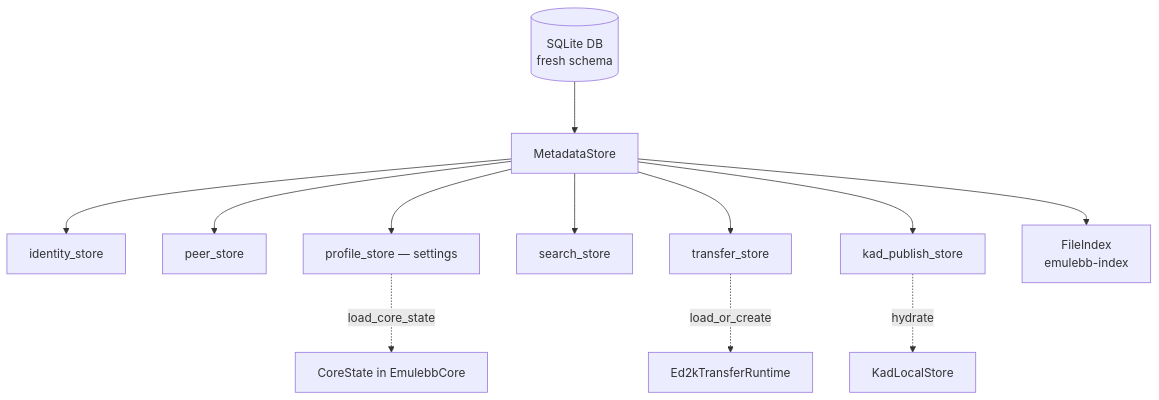
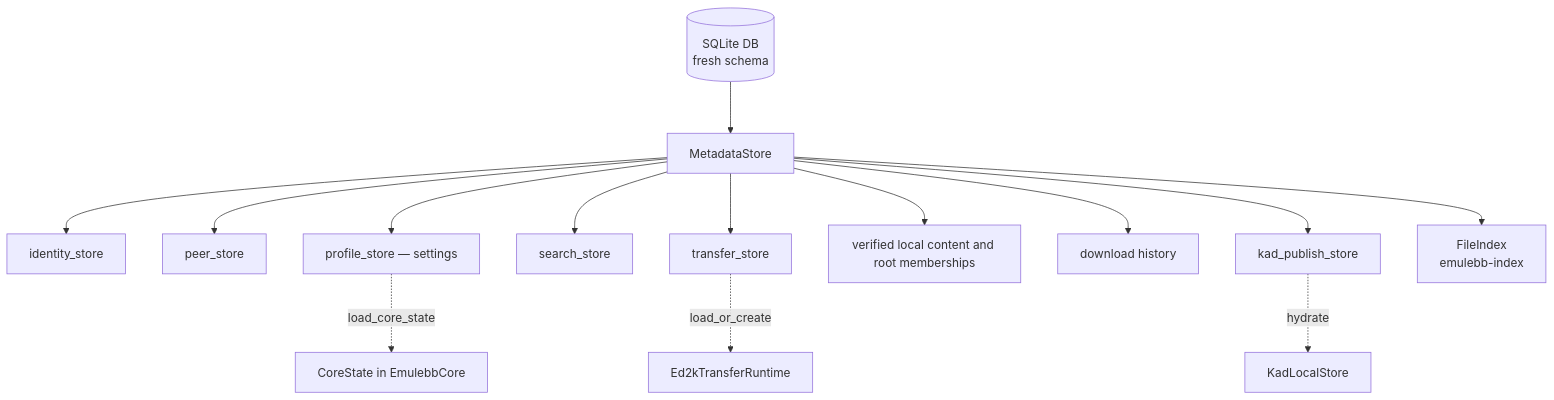
The fifth of 5 diagrams in docs/products/emulebb-rust/design/architecture.md (emulebb/emulebb-tooling), drawn with Mermaid before and after one commit. The commit also changed other lines of this file and 4 other files, not shown here.

````diff
--- a/docs/products/emulebb-rust/design/architecture.md
+++ b/docs/products/emulebb-rust/design/architecture.md
@@ -287,16 +287,18 @@
 ```mermaid
 %%{init: {'flowchart': {'nodeSpacing': 50, 'rankSpacing': 70}}}%%
 graph TD
     db[(SQLite DB<br/>fresh schema)] --> store[MetadataStore]
     store --> id[identity_store]
     store --> peer[peer_store]
     store --> prof[profile_store — settings]
     store --> srch[search_store]
     store --> xfer[transfer_store]
+    store --> local[verified local content and root memberships]
+    store --> history[download history]
     store --> kpub[kad_publish_store]
 
     store --> fileidx[FileIndex<br/>emulebb-index]
     prof -.->|load_core_state| corestate[CoreState in EmulebbCore]
     xfer -.->|load_or_create| trt[Ed2kTransferRuntime]
     kpub -.->|hydrate| kls[KadLocalStore]
 ```
````
